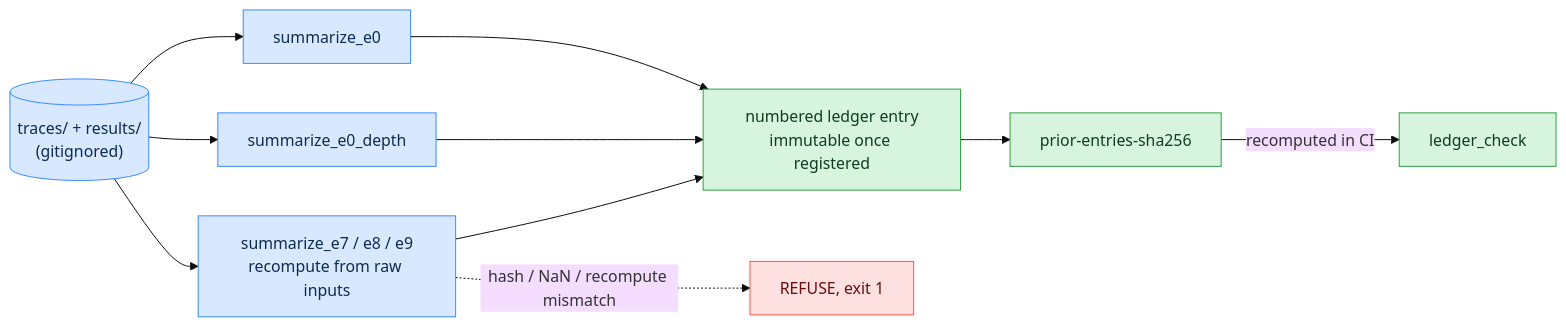
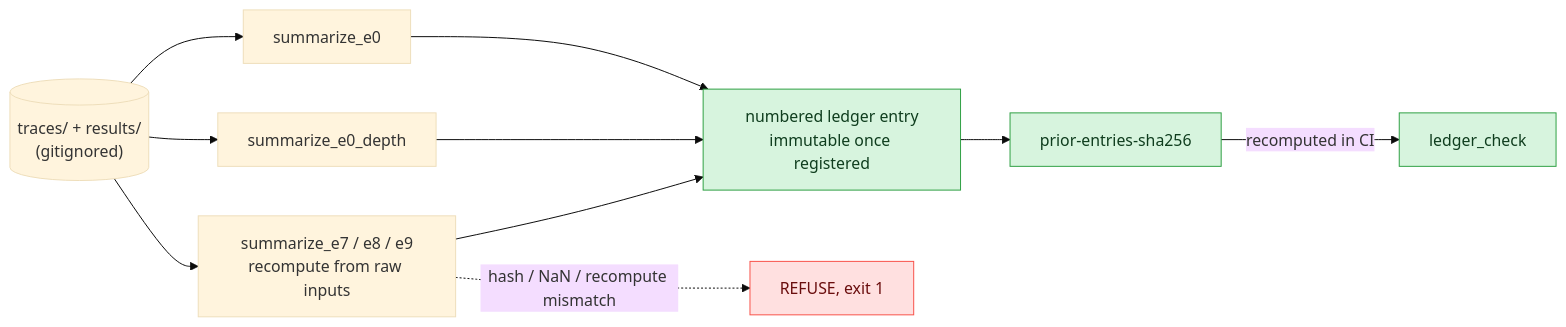
Before and after one commit to hossainpazooki/linear-ceiling: the second of 7 diagrams in README.md, drawn with Mermaid (base theme). The commit also changed other lines of this file and 5 other files, not shown here.

Commit message:
docs: E0 scoping caveat in background; staleness audit across living docs; leaner diagram palette

````diff
--- a/README.md
+++ b/README.md
@@ -79,17 +75,15 @@
 ```mermaid
 flowchart LR
     RAW[("traces/ + results/<br/>(gitignored)")] --> S1[summarize_e0]
     RAW --> S2[summarize_e0_depth]
     RAW --> S3[summarize_e7 / e8 / e9<br/>recompute from raw inputs]
     S1 --> E[numbered ledger entry<br/>immutable once registered]
     S2 --> E
     S3 --> E
     S3 -.->|hash / NaN / recompute mismatch| REF[REFUSE, exit 1]
     E --> H[prior-entries-sha256] -->|recomputed in CI| LC[ledger_check]
-    classDef store fill:#d8e9ff,stroke:#388bfd,color:#0d2b52;
     classDef ok fill:#d7f4de,stroke:#2ea043,color:#0f3d1e;
     classDef halt fill:#ffe0e0,stroke:#f85149,color:#6a0d0d;
-    class RAW,S1,S2,S3 store;
     class E,H,LC ok;
     class REF halt;
 ```
````
